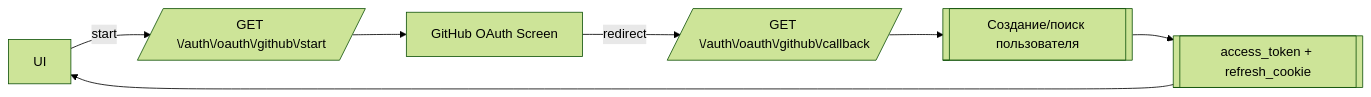
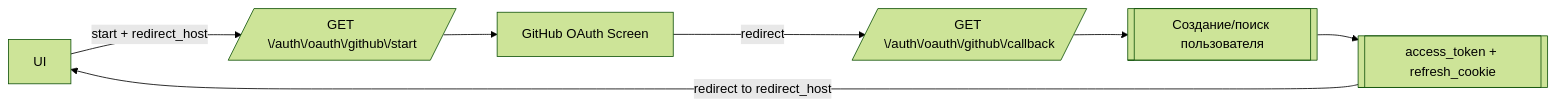
One commit to admin310st/301 changed the fourth of 14 diagrams in wiki/API_Auth.md. Above: the diagram before and after it, drawn with Mermaid (forest theme). The commit also changed other lines of this file and 5 other files, not shown here.

````diff
--- a/wiki/API_Auth.md
+++ b/wiki/API_Auth.md
@@ -334,9 +364,9 @@
 ```mermaid
 flowchart LR
-  UI -->|start| GHStart[/GET \/auth\/oauth\/github\/start/]
+  UI -->|start + redirect_host| GHStart[/GET \/auth\/oauth\/github\/start/]
   GHStart --> GitHub[GitHub OAuth Screen]
   GitHub -->|redirect| GHCallback[/GET \/auth\/oauth\/github\/callback/]
   GHCallback --> VerifyUser[[Создание/поиск пользователя]]
   VerifyUser --> Login[[access_token + refresh_cookie]]
-  Login --> UI
+  Login -->|redirect to redirect_host| UI
 ```
````
